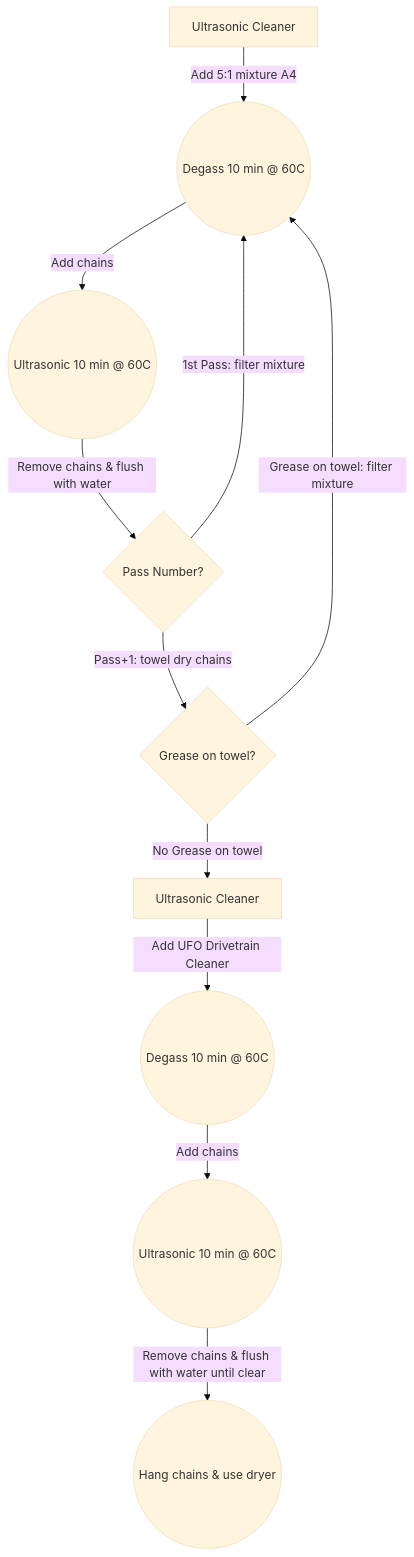
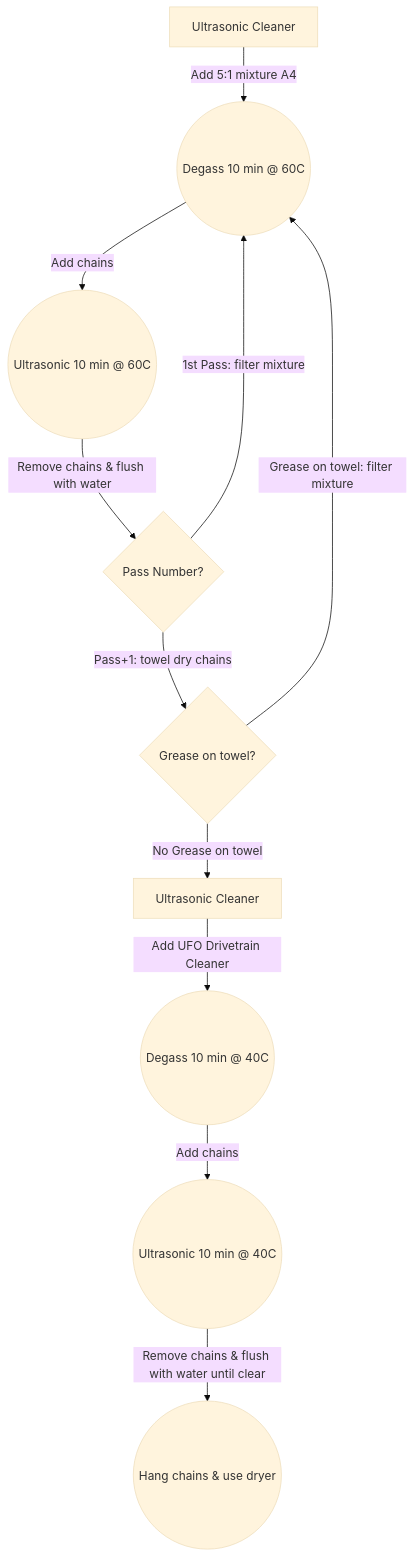
One commit to rneher-igel/Neher changed the diagram in docs/Docs/Bicycle-Chain-Waxing.md. Above: the diagram before and after it, drawn with Mermaid (base theme).

Commit message:
post reviews

````diff
--- a/docs/Docs/Bicycle-Chain-Waxing.md
+++ b/docs/Docs/Bicycle-Chain-Waxing.md
@@ -26,13 +26,13 @@
 ```mermaid
 flowchart TD
  A[Ultrasonic Cleaner]-- Add 5:1 mixture A4 --> B((Degass 10 min @ 60C))
  B-- Add chains --> C((Ultrasonic 10 min @ 60C))
  C -- Remove chains & flush with water --> D{Pass Number?}
  D -- 1st Pass: filter mixture --> B
  D -- Pass+1: towel dry chains --> E{Grease on towel?}
  E -- Grease on towel: filter mixture --> B
  E -- No Grease on towel --> F[Ultrasonic Cleaner]
- F -- Add UFO Drivetrain Cleaner --> G((Degass 10 min @ 60C))
- G -- Add chains --> H((Ultrasonic 10 min @ 60C))
+ F -- Add UFO Drivetrain Cleaner --> G((Degass 10 min @ 40C))
+ G -- Add chains --> H((Ultrasonic 10 min @ 40C))
  H -- Remove chains & flush with water until clear --> I((Hang chains & use dryer))
 ```
````
